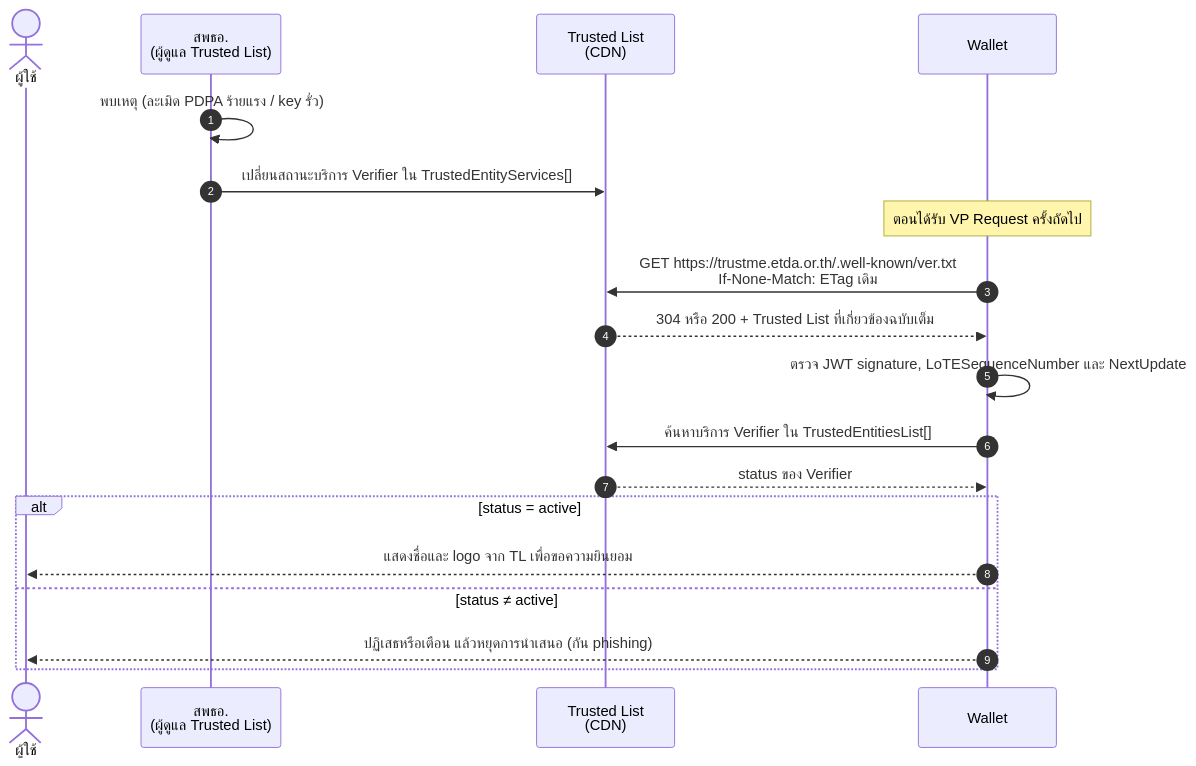
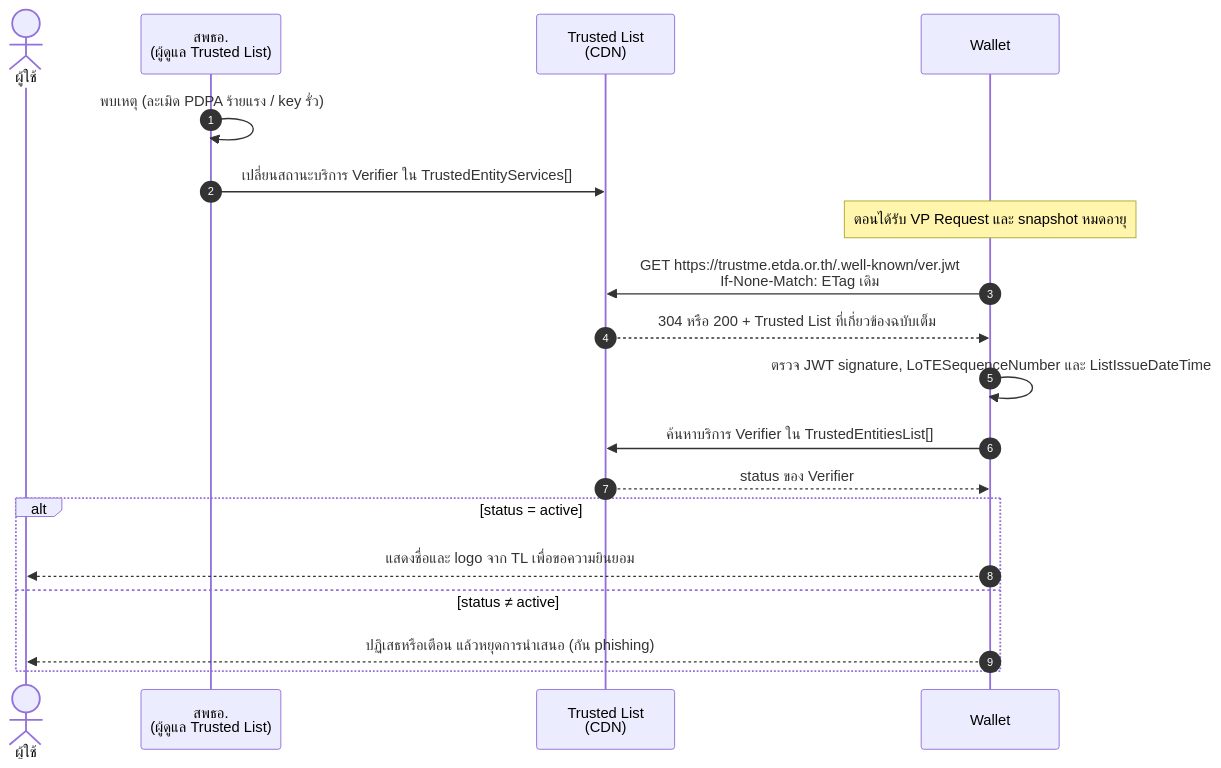
Before and after one commit to ETDA/vcdoc: the fifth of 7 diagrams in docs/thai-vc-arf/13-vc-status-and-revocation.md, drawn with Mermaid. The commit also changed other lines of this file and 22 other files, not shown here.

````diff
--- a/docs/thai-vc-arf/13-vc-status-and-revocation.md
+++ b/docs/thai-vc-arf/13-vc-status-and-revocation.md
@@ -275,22 +268,22 @@
 ```mermaid
 sequenceDiagram
     autonumber
     actor U as ผู้ใช้
     participant ETDA as สพธอ.<br/>(ผู้ดูแล Trusted List)
     participant TL as Trusted List<br/>(CDN)
     participant W as Wallet
 
     ETDA->>ETDA: พบเหตุ (ละเมิด PDPA ร้ายแรง / key รั่ว)
     ETDA->>TL: เปลี่ยนสถานะบริการ Verifier ใน TrustedEntityServices[]
-    Note over W: ตอนได้รับ VP Request ครั้งถัดไป
-    W->>TL: GET https://trustme.etda.or.th/.well-known/ver.txt<br/>If-None-Match: ETag เดิม
+    Note over W: ตอนได้รับ VP Request และ snapshot หมดอายุ
+    W->>TL: GET https://trustme.etda.or.th/.well-known/ver.jwt<br/>If-None-Match: ETag เดิม
     TL-->>W: 304 หรือ 200 + Trusted List ที่เกี่ยวข้องฉบับเต็ม
-    W->>W: ตรวจ JWT signature, LoTESequenceNumber และ NextUpdate
+    W->>W: ตรวจ JWT signature, LoTESequenceNumber และ ListIssueDateTime
     W->>TL: ค้นหาบริการ Verifier ใน TrustedEntitiesList[]
     TL-->>W: status ของ Verifier
     alt status = active
         W-->>U: แสดงชื่อและ logo จาก TL เพื่อขอความยินยอม
     else status ≠ active
         W-->>U: ปฏิเสธหรือเตือน แล้วหยุดการนำเสนอ (กัน phishing)
     end
 ```
````
